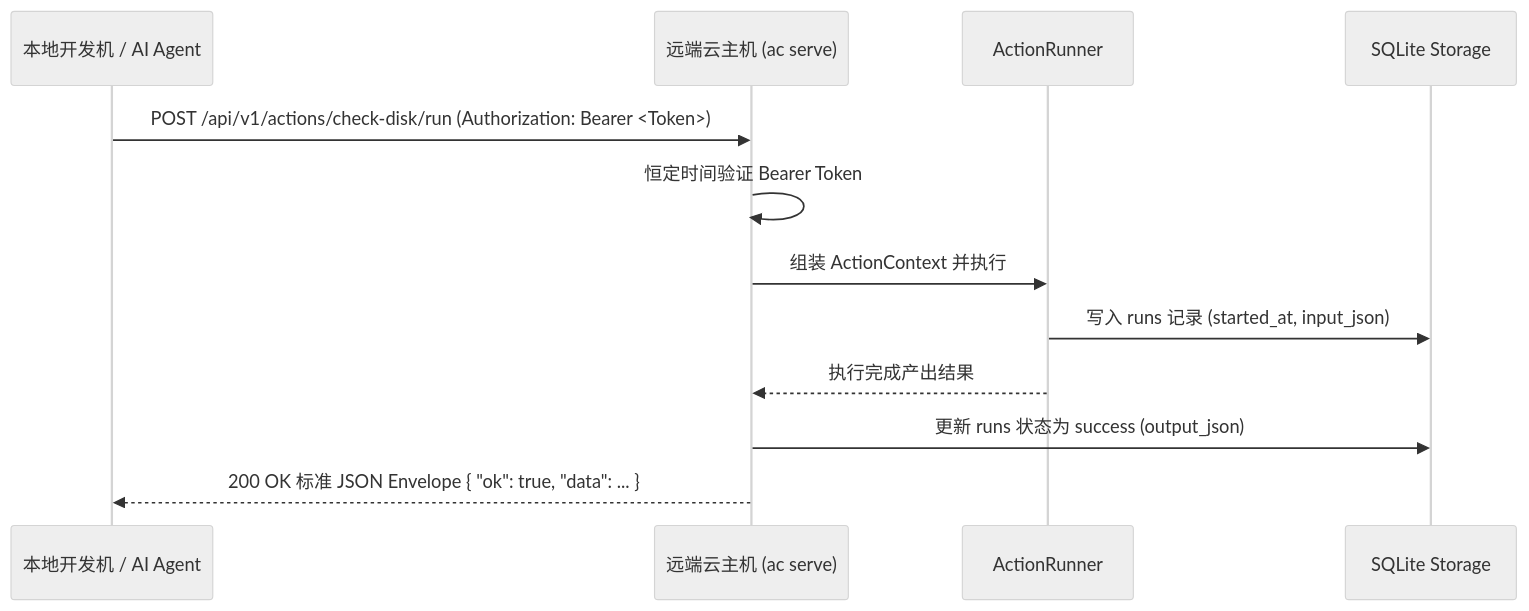
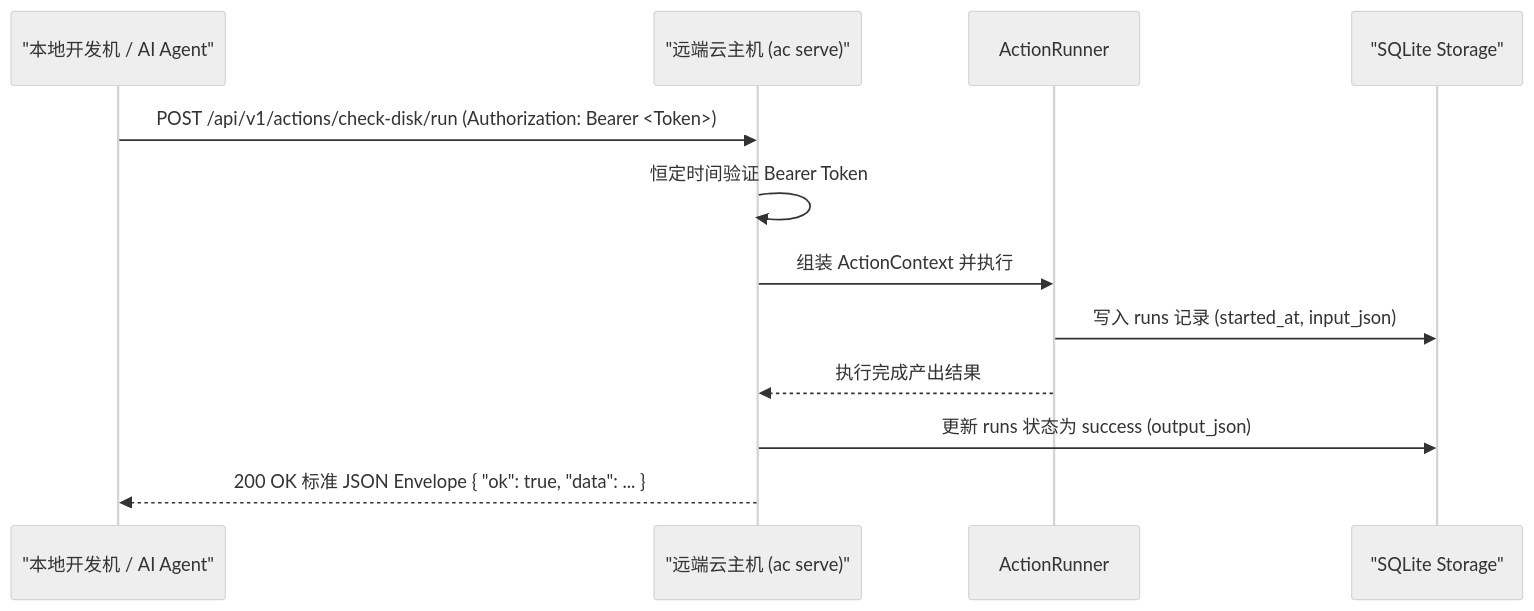
One commit to team4u/actiondock changed the diagram in docs/remote-and-profiles.md. Above: the diagram before and after it, drawn with Mermaid (neutral theme). The commit also changed 9 other files, not shown here.

Commit message:
docs: fix Mermaid subgraph identifiers and quote participant labels

````diff
--- a/docs/remote-and-profiles.md
+++ b/docs/remote-and-profiles.md
@@ -17,15 +17,15 @@
 ```mermaid
 sequenceDiagram
-    participant Local as 本地开发机 / AI Agent
-    participant Remote as 远端云主机 (ac serve)
+    participant Local as "本地开发机 / AI Agent"
+    participant Remote as "远端云主机 (ac serve)"
     participant Runner as ActionRunner
-    participant SQLite as SQLite Storage
+    participant SQLite as "SQLite Storage"
 
     Local->>Remote: POST /api/v1/actions/check-disk/run (Authorization: Bearer <Token>)
     Remote->>Remote: 恒定时间验证 Bearer Token
     Remote->>Runner: 组装 ActionContext 并执行
     Runner->>SQLite: 写入 runs 记录 (started_at, input_json)
     Runner-->>Remote: 执行完成产出结果
     Remote->>SQLite: 更新 runs 状态为 success (output_json)
     Remote-->>Local: 200 OK 标准 JSON Envelope { "ok": true, "data": ... }
 ```
````
